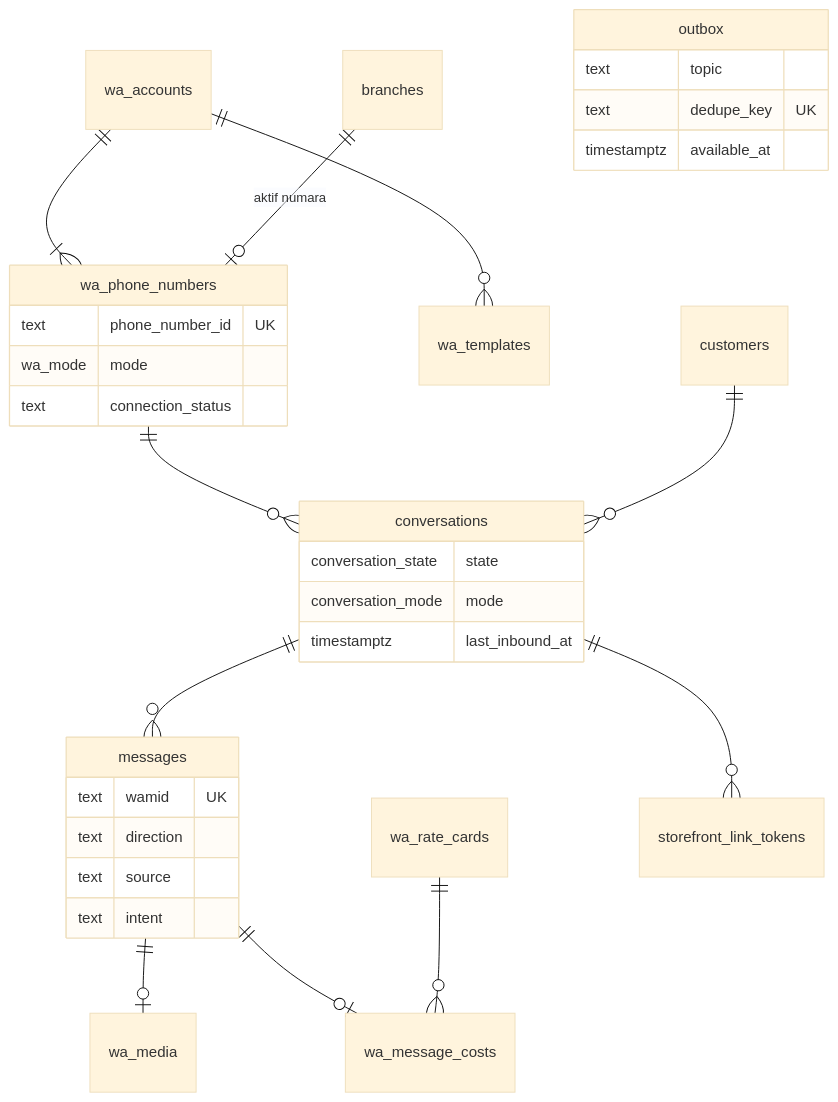
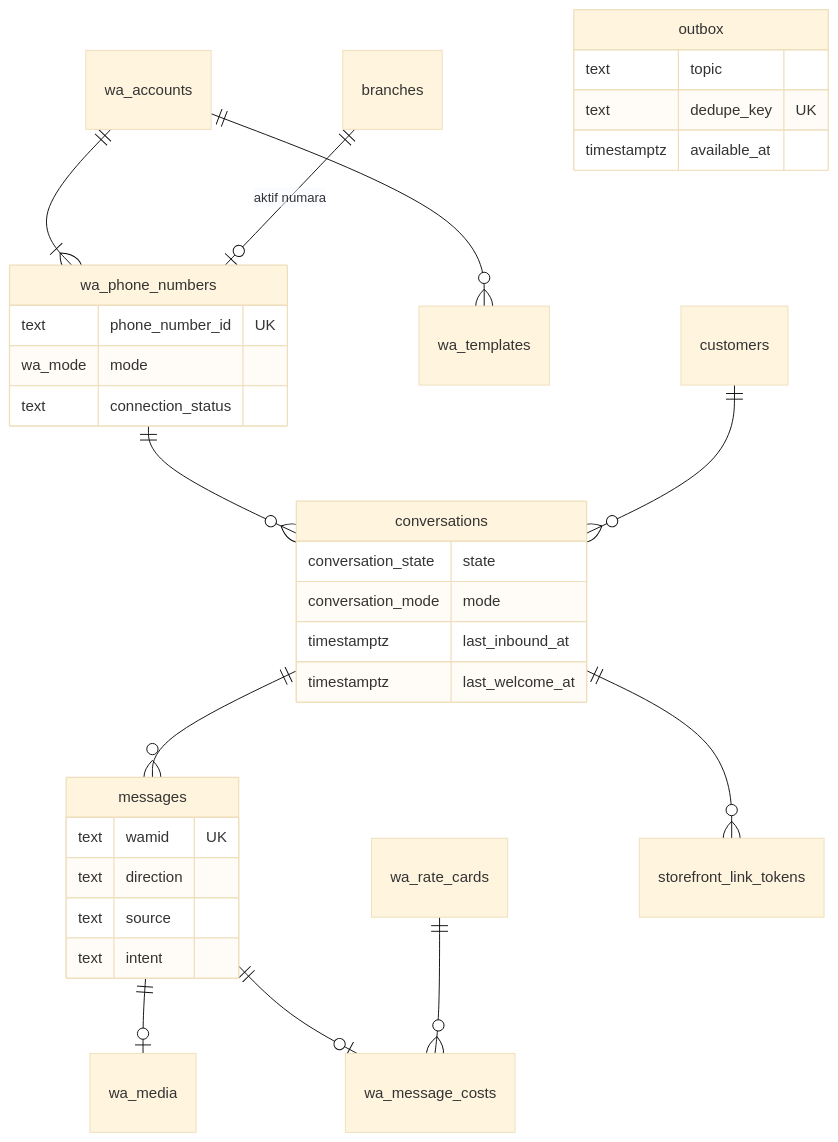
The fourth of 10 diagrams in docs/07-veri-modeli-ve-api.md (eraycaylak/siparisinonunde), drawn with Mermaid (base theme) before and after one commit. The commit also changed other lines of this file and 4 other files, not shown here.

````diff
--- a/docs/07-veri-modeli-ve-api.md
+++ b/docs/07-veri-modeli-ve-api.md
@@ -218,34 +219,35 @@
 ```mermaid
 erDiagram
   wa_accounts ||--|{ wa_phone_numbers : ""
   branches ||--o| wa_phone_numbers : "aktif numara"
   wa_accounts ||--o{ wa_templates : ""
   wa_phone_numbers ||--o{ conversations : ""
   customers ||--o{ conversations : ""
   conversations ||--o{ messages : ""
   messages ||--o| wa_media : ""
   messages ||--o| wa_message_costs : ""
   wa_rate_cards ||--o{ wa_message_costs : ""
   conversations ||--o{ storefront_link_tokens : ""
   wa_phone_numbers {
     text phone_number_id UK
     wa_mode mode
     text connection_status
   }
   conversations {
     conversation_state state
     conversation_mode mode
     timestamptz last_inbound_at
+    timestamptz last_welcome_at
   }
   messages {
     text wamid UK
     text direction
     text source
     text intent
   }
   outbox {
     text topic
     text dedupe_key UK
     timestamptz available_at
   }
 ```
````
